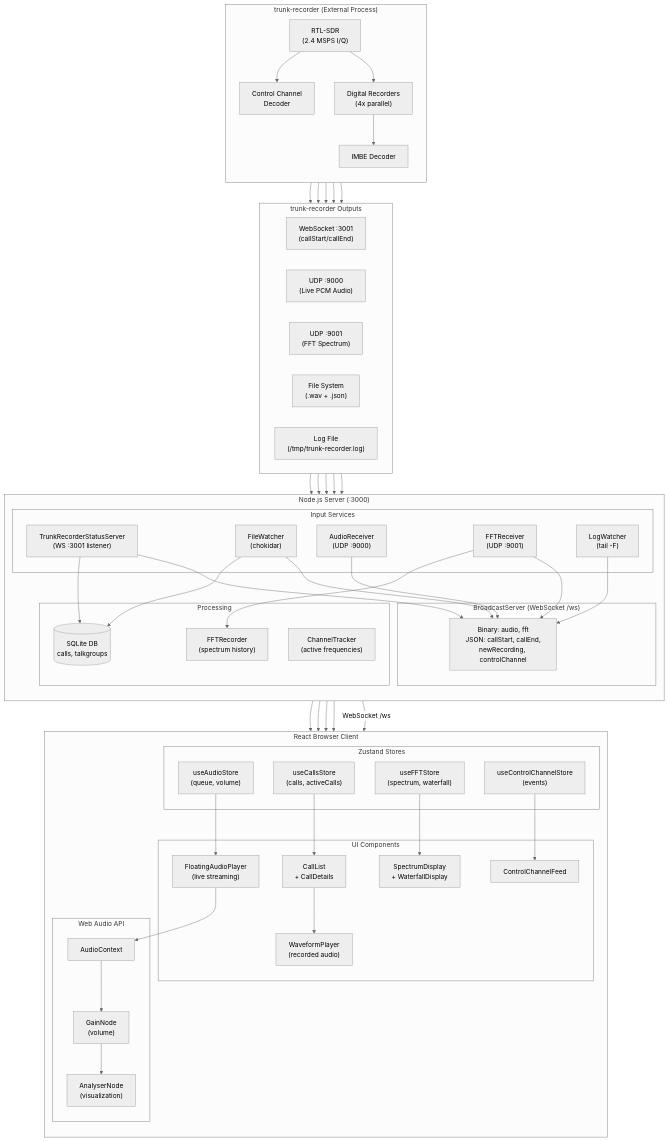
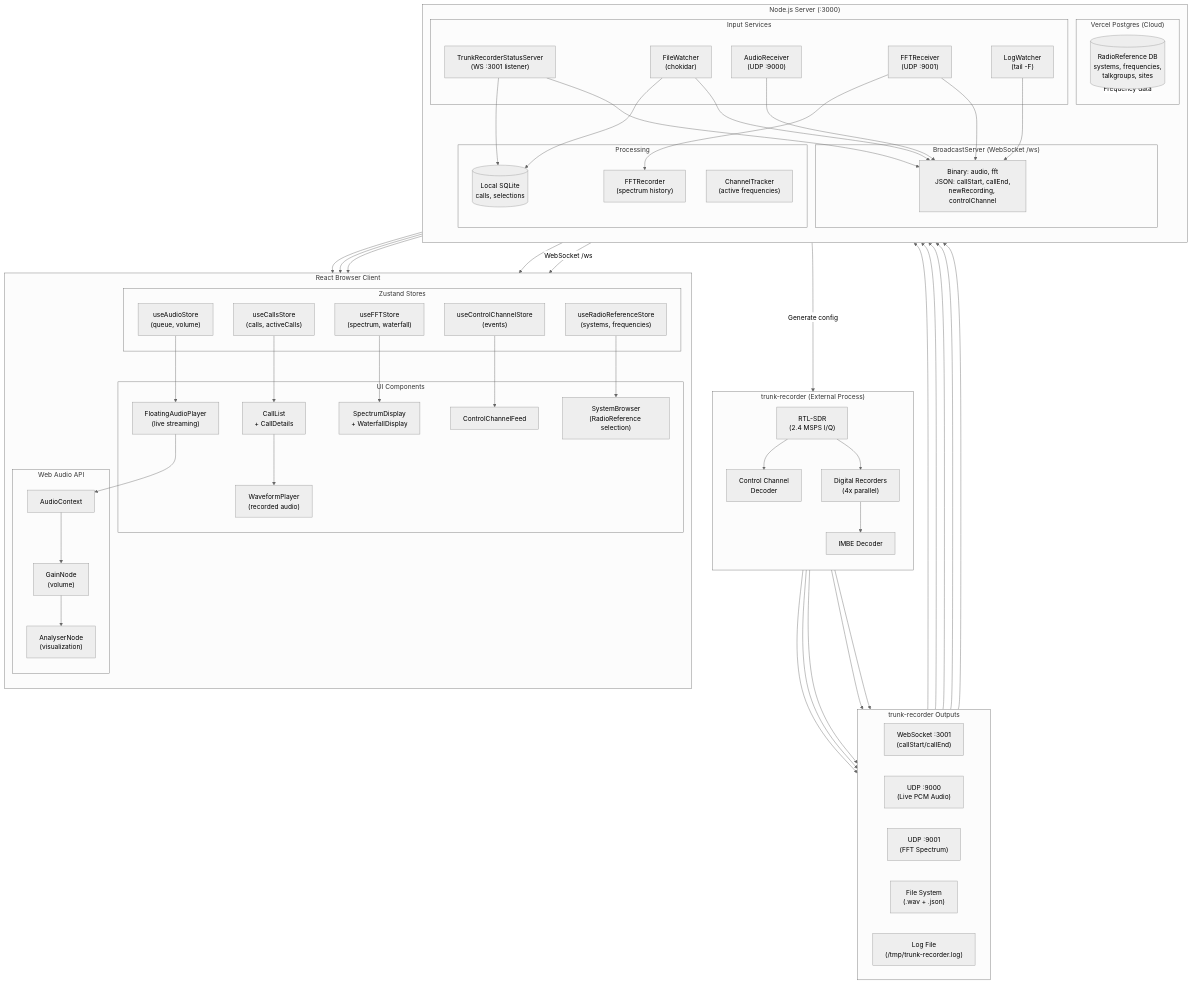
Before and after one commit to Nealsoni00/radio: the first of 3 diagrams in README.md, drawn with Mermaid (neutral theme). The commit also changed other lines of this file, not shown here.

First line of the commit message:
Update documentation to show Vercel Postgres for RadioReference data

````diff
--- a/README.md
+++ b/README.md
@@ -1139,9 +1222,13 @@
         end
 
         subgraph Processing["Processing"]
-            DB[(SQLite DB\ncalls, talkgroups)]
+            DB[(Local SQLite\ncalls, selections)]
             ChannelTrack["ChannelTracker\n(active frequencies)"]
             FFTRec["FFTRecorder\n(spectrum history)"]
+        end
+
+        subgraph CloudDB["Vercel Postgres (Cloud)"]
+            RRDB[(RadioReference DB\nsystems, frequencies,\ntalkgroups, sites)]
         end
 
         subgraph Broadcast["BroadcastServer (WebSocket /ws)"]
@@ -1172,6 +1259,7 @@
             AudioStore["useAudioStore\n(queue, volume)"]
             FFTStore["useFFTStore\n(spectrum, waterfall)"]
             CCStore["useControlChannelStore\n(events)"]
+            RRStore["useRadioReferenceStore\n(systems, frequencies)"]
         end
 
         subgraph Components["UI Components"]
@@ -1180,6 +1268,7 @@
             FloatingPlayer["FloatingAudioPlayer\n(live streaming)"]
             Spectrum["SpectrumDisplay\n+ WaterfallDisplay"]
             CCFeed["ControlChannelFeed"]
+            SystemBrowser["SystemBrowser\n(RadioReference selection)"]
         end
 
         subgraph WebAudio["Web Audio API"]
@@ -1198,6 +1287,7 @@
         AudioStore --> FloatingPlayer
         FFTStore --> Spectrum
         CCStore --> CCFeed
+        RRStore --> SystemBrowser
 
         FloatingPlayer --> AudioCtx
         AudioCtx --> GainNode
@@ -1205,4 +1295,6 @@
     end
 
     Server -->|"WebSocket /ws"| Client
+    RRDB -->|"Frequency data"| Server
+    Server -->|"Generate config"| TR
 ```
````
